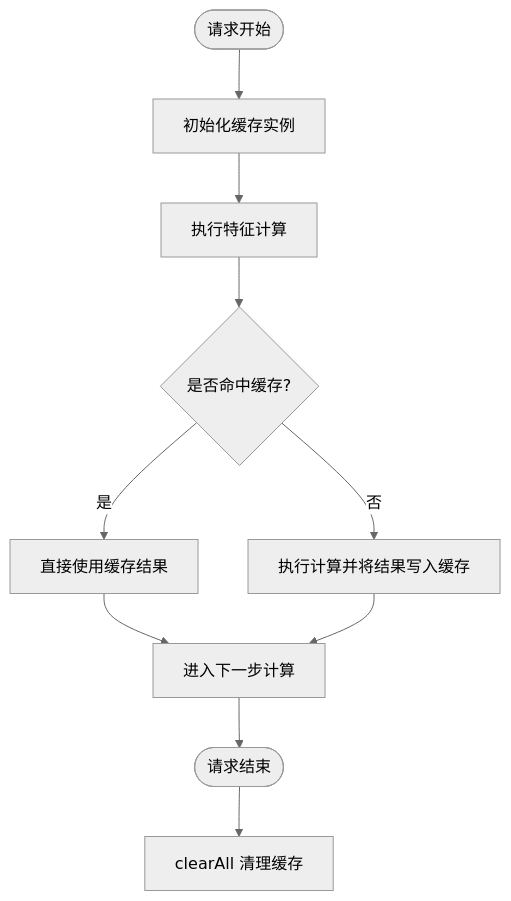
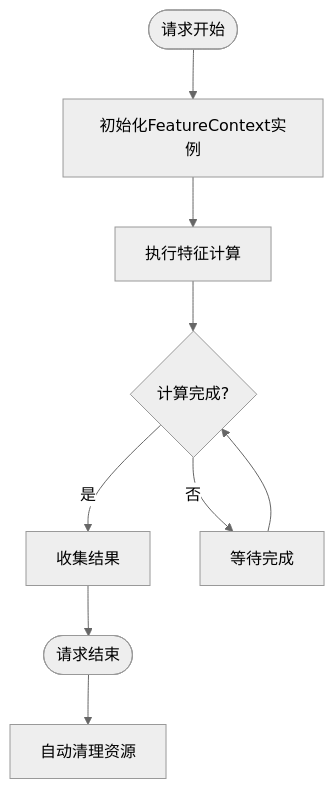
Before and after one commit to txzhanghuan/feature: the fourth of 5 diagrams in .qoder/repowiki/zh/content/高级用法/缓存系统.md, drawn with Mermaid (neutral theme). The commit also changed other lines of this file and 7 other files, not shown here.

````diff
--- a/.qoder/repowiki/zh/content/高级用法/缓存系统.md
+++ b/.qoder/repowiki/zh/content/高级用法/缓存系统.md
@@ -167,12 +168,11 @@
 ```mermaid
 flowchart TD
-Start(["请求开始"]) --> Init["初始化缓存实例"]
+Start(["请求开始"]) --> Init["初始化FeatureContext实例"]
 Init --> Exec["执行特征计算"]
-Exec --> Check{"是否命中缓存?"}
-Check --> |是| UseCache["直接使用缓存结果"]
-Check --> |否| Compute["执行计算并将结果写入缓存"]
-UseCache --> Next["进入下一步计算"]
-Compute --> Next
-Next --> End(["请求结束"])
-End --> Cleanup["clearAll 清理缓存"]
+Exec --> Check{"计算完成?"}
+Check --> |是| Result["收集结果"]
+Check --> |否| Wait["等待完成"]
+Wait --> Check
+Result --> End(["请求结束"])
+End --> Cleanup["自动清理资源"]
 ```
````
